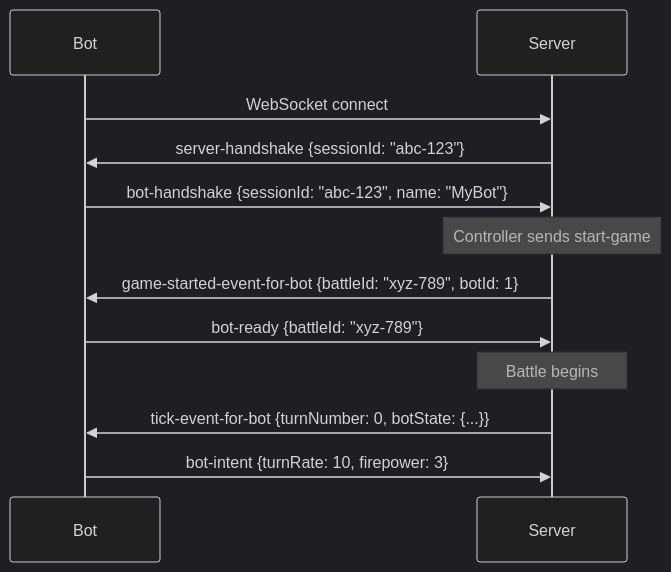
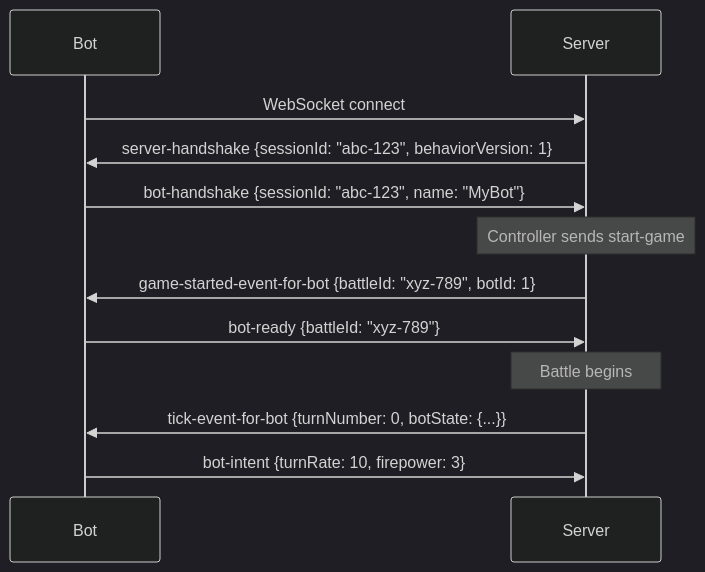
Before and after one commit to robocode-dev/tank-royale: the third of 3 diagrams in docs/architecture/models/message-schema/README.md, drawn with Mermaid (dark theme). The commit also changed other lines of this file and 40 other files, not shown here.

````diff
--- a/docs/architecture/models/message-schema/README.md
+++ b/docs/architecture/models/message-schema/README.md
@@ -249,19 +249,19 @@
 ```mermaid
 sequenceDiagram
     participant Bot
     participant Server
     
     Bot->>Server: WebSocket connect
-    Server->>Bot: server-handshake {sessionId: "abc-123"}
+    Server->>Bot: server-handshake {sessionId: "abc-123", behaviorVersion: 1}
     Bot->>Server: bot-handshake {sessionId: "abc-123", name: "MyBot"}
     
     Note over Server: Controller sends start-game
     
     Server->>Bot: game-started-event-for-bot {battleId: "xyz-789", botId: 1}
     Bot->>Server: bot-ready {battleId: "xyz-789"}
     
     Note over Server: Battle begins
     
     Server->>Bot: tick-event-for-bot {turnNumber: 0, botState: {...}}
     Bot->>Server: bot-intent {turnRate: 10, firepower: 3}
 ```
````
